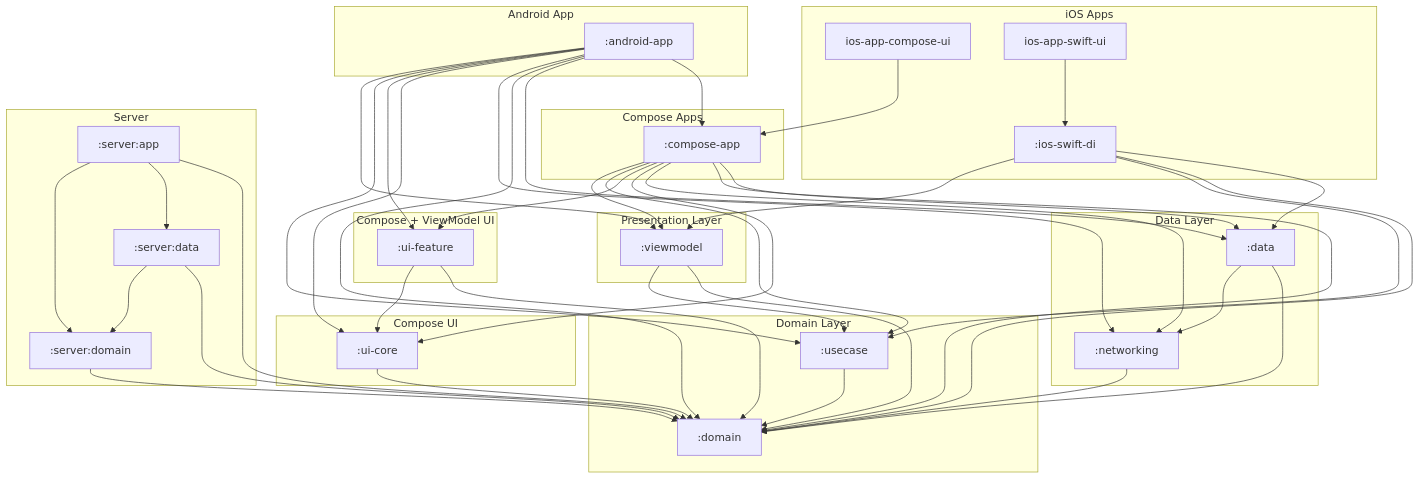
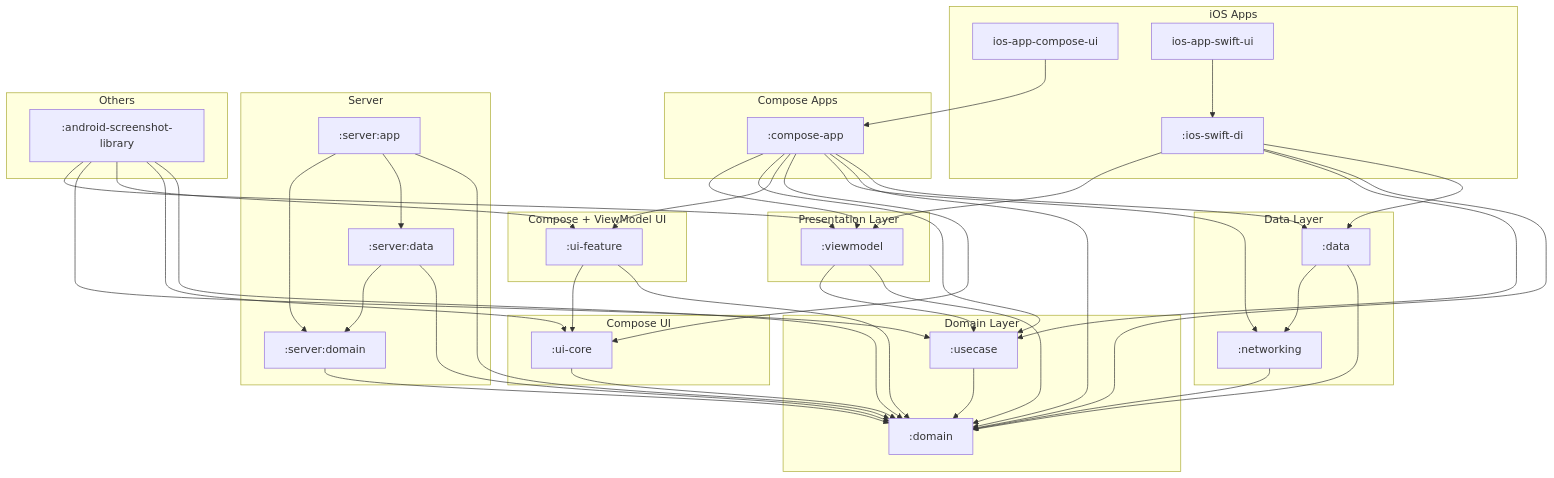
One commit to cartland/battery-butler changed the diagram in docs/diagrams/full_system_structure.mmd. Above: the diagram before and after it, drawn with Mermaid. The commit also changed 8 other files, not shown here.

```diff
--- a/docs/diagrams/full_system_structure.mmd
+++ b/docs/diagrams/full_system_structure.mmd
@@ -1,93 +1,90 @@
 graph TD
-    subgraph "Android App"
-        AndroidApp[":android-app"]
-    end
-
     subgraph "iOS Apps"
         IosSwiftDi[":ios-swift-di"]
         IosAppComposeUi["ios-app-compose-ui"]
         IosAppSwiftUi["ios-app-swift-ui"]
     end
 
     subgraph "Compose Apps"
         ComposeApp[":compose-app"]
     end
 
     subgraph "Server"
         ServerApp[":server:app"]
         ServerData[":server:data"]
         ServerDomain[":server:domain"]
     end
 
     subgraph "Compose UI"
         UiCore[":ui-core"]
     end
 
     subgraph "Compose + ViewModel UI"
         UiFeature[":ui-feature"]
     end
 
     subgraph "Presentation Layer"
         Viewmodel[":viewmodel"]
     end
 
     subgraph "Domain Layer"
         Domain[":domain"]
         Usecase[":usecase"]
     end
 
     subgraph "Data Layer"
         Data[":data"]
         Networking[":networking"]
     end
 
+    subgraph "Others"
+        AndroidScreenshotLibrary[":android-screenshot-library"]
+    end
+
     %% Dependencies
-    AndroidApp --> ComposeApp
-    AndroidApp --> Data
-    AndroidApp --> Domain
-    AndroidApp --> Networking
-    AndroidApp --> UiCore
-    AndroidApp --> UiFeature
-    AndroidApp --> Usecase
-    AndroidApp --> Viewmodel
+    AndroidScreenshotLibrary --> Domain
+    AndroidScreenshotLibrary --> UiCore
+    AndroidScreenshotLibrary --> UiFeature
+    AndroidScreenshotLibrary --> Usecase
+    AndroidScreenshotLibrary --> Viewmodel
 
     ComposeApp --> Data
     ComposeApp --> Domain
     ComposeApp --> Networking
     ComposeApp --> UiCore
     ComposeApp --> UiFeature
     ComposeApp --> Usecase
     ComposeApp --> Viewmodel
 
     Data --> Domain
     Data --> Networking
 
     IosSwiftDi --> Data
     IosSwiftDi --> Domain
     IosSwiftDi --> Usecase
     IosSwiftDi --> Viewmodel
 
     Networking --> Domain
 
     ServerApp --> Domain
     ServerApp --> ServerData
     ServerApp --> ServerDomain
 
     ServerData --> Domain
     ServerData --> ServerDomain
 
     ServerDomain --> Domain
 
     UiCore --> Domain
 
     UiFeature --> Domain
     UiFeature --> UiCore
 
     Usecase --> Domain
 
     Viewmodel --> Domain
     Viewmodel --> Usecase
 
     IosAppComposeUi --> ComposeApp
 
     IosAppSwiftUi --> IosSwiftDi
```
